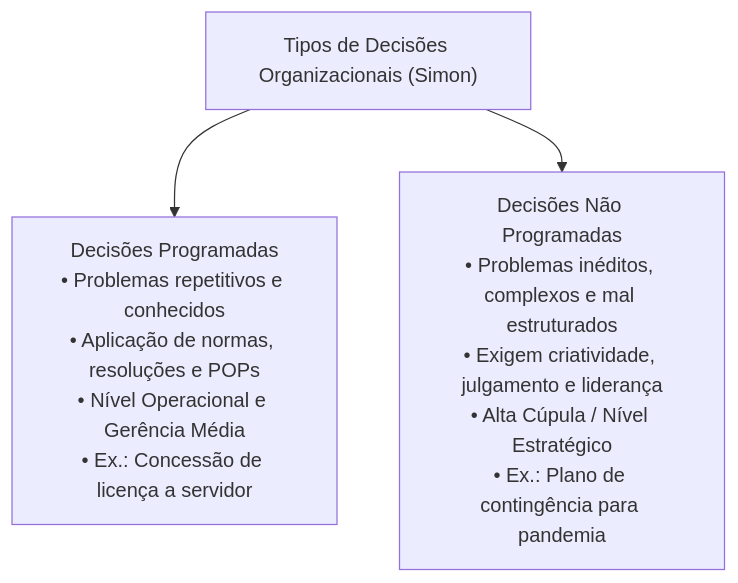
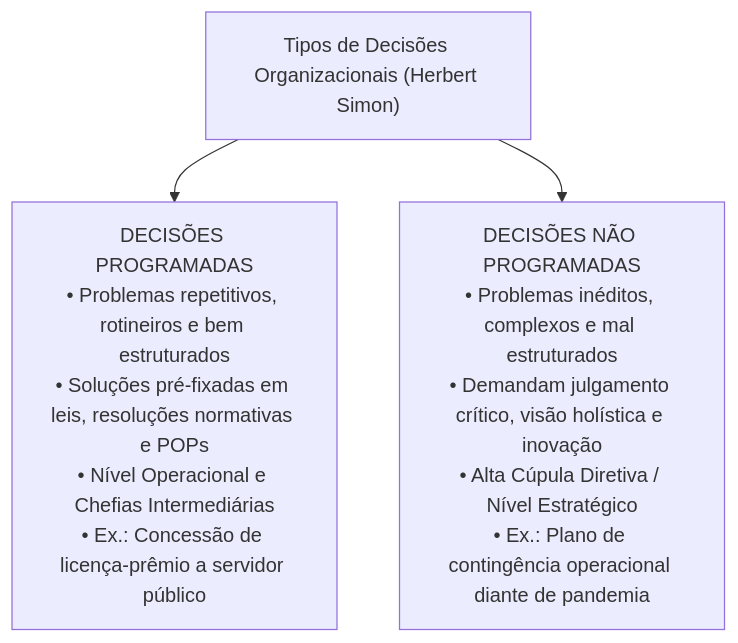
Before and after one commit to thiagosantos346/TCE-GO-2027: the second of 4 diagrams in fontes_de_estudo/conhecimentos_especificos_a01_tecnico_administrativo/22_administracao_geral/03_processo_decisorio_visao_sistemica_e_gerenciamento_de_projetos.md, drawn with Mermaid. The commit also changed other lines of this file and 119 other files, not shown here.

````diff
--- a/fontes_de_estudo/conhecimentos_especificos_a01_tecnico_administrativo/22_administracao_geral/03_processo_decisorio_visao_sistemica_e_gerenciamento_de_projetos.md
+++ b/fontes_de_estudo/conhecimentos_especificos_a01_tecnico_administrativo/22_administracao_geral/03_processo_decisorio_visao_sistemica_e_gerenciamento_de_projetos.md
@@ -90,8 +60,8 @@
 ```mermaid
 flowchart TD
-    Dec["Tipos de Decisões Organizacionais (Simon)"]
+    Dec["Tipos de Decisões Organizacionais (Herbert Simon)"]
     
-    Dec --> Prog["Decisões Programadas<br/>• Problemas repetitivos e conhecidos<br/>• Aplicação de normas, resoluções e POPs<br/>• Nível Operacional e Gerência Média<br/>• Ex.: Concessão de licença a servidor"]
+    Dec --> Prog["DECISÕES PROGRAMADAS<br/>• Problemas repetitivos, rotineiros e bem estruturados<br/>• Soluções pré-fixadas em leis, resoluções normativas e POPs<br/>• Nível Operacional e Chefias Intermediárias<br/>• Ex.: Concessão de licença-prêmio a servidor público"]
     
-    Dec --> NProg["Decisões Não Programadas<br/>• Problemas inéditos, complexos e mal estruturados<br/>• Exigem criatividade, julgamento e liderança<br/>• Alta Cúpula / Nível Estratégico<br/>• Ex.: Plano de contingência para pandemia"]
+    Dec --> NProg["DECISÕES NÃO PROGRAMADAS<br/>• Problemas inéditos, complexos e mal estruturados<br/>• Demandam julgamento crítico, visão holística e inovação<br/>• Alta Cúpula Diretiva / Nível Estratégico<br/>• Ex.: Plano de contingência operacional diante de pandemia"]
 ```
````
